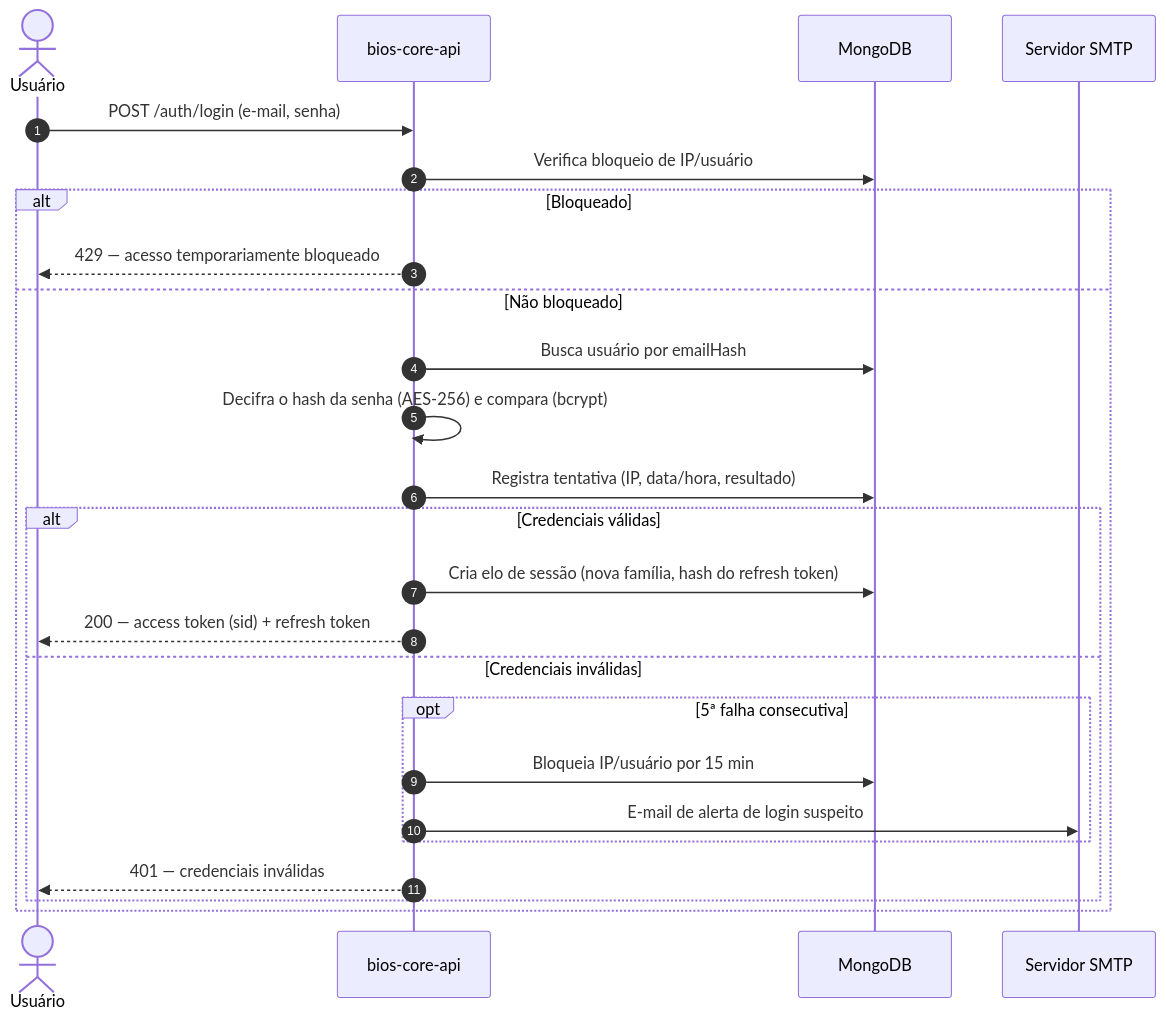
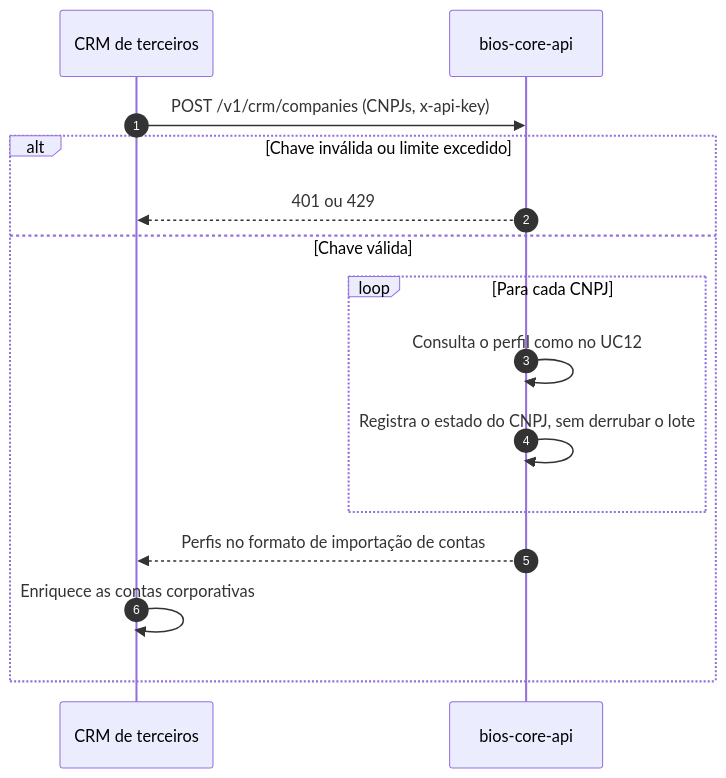
Diagram 18 of 22 in 08-Artefatos-de-Análise.md (odavibatista/bios-docs), drawn with Mermaid before and after one commit. The commit also changed other lines of this file, not shown here.

First line of the commit message:
docs(diagrams): cria um diagrama de sequencia por caso de uso

````diff
--- a/08-Artefatos-de-Análise.md
+++ b/08-Artefatos-de-Análise.md
@@ -1188,28 +1681,18 @@
 ```mermaid
 sequenceDiagram
     autonumber
-    actor U as Usuário
+    participant C as CRM de terceiros
     participant API as bios-core-api
-    participant DB as MongoDB
-    participant M as Servidor SMTP
 
-    U->>API: POST /auth/login (e-mail, senha)
-    API->>DB: Verifica bloqueio de IP/usuário
-    alt Bloqueado
-        API-->>U: 429 — acesso temporariamente bloqueado
-    else Não bloqueado
-        API->>DB: Busca usuário por emailHash
-        API->>API: Decifra o hash da senha (AES-256) e compara (bcrypt)
-        API->>DB: Registra tentativa (IP, data/hora, resultado)
-        alt Credenciais válidas
-            API->>DB: Cria elo de sessão (nova família, hash do refresh token)
-            API-->>U: 200 — access token (sid) + refresh token
-        else Credenciais inválidas
-            opt 5ª falha consecutiva
-                API->>DB: Bloqueia IP/usuário por 15 min
-                API->>M: E-mail de alerta de login suspeito
-            end
-            API-->>U: 401 — credenciais inválidas
+    C->>API: POST /v1/crm/companies (CNPJs, x-api-key)
+    alt Chave inválida ou limite excedido
+        API-->>C: 401 ou 429
+    else Chave válida
+        loop Para cada CNPJ
+            API->>API: Consulta o perfil como no UC12
+            API->>API: Registra o estado do CNPJ, sem derrubar o lote
         end
+        API-->>C: Perfis no formato de importação de contas
+        C->>C: Enriquece as contas corporativas
     end
 ```
````
